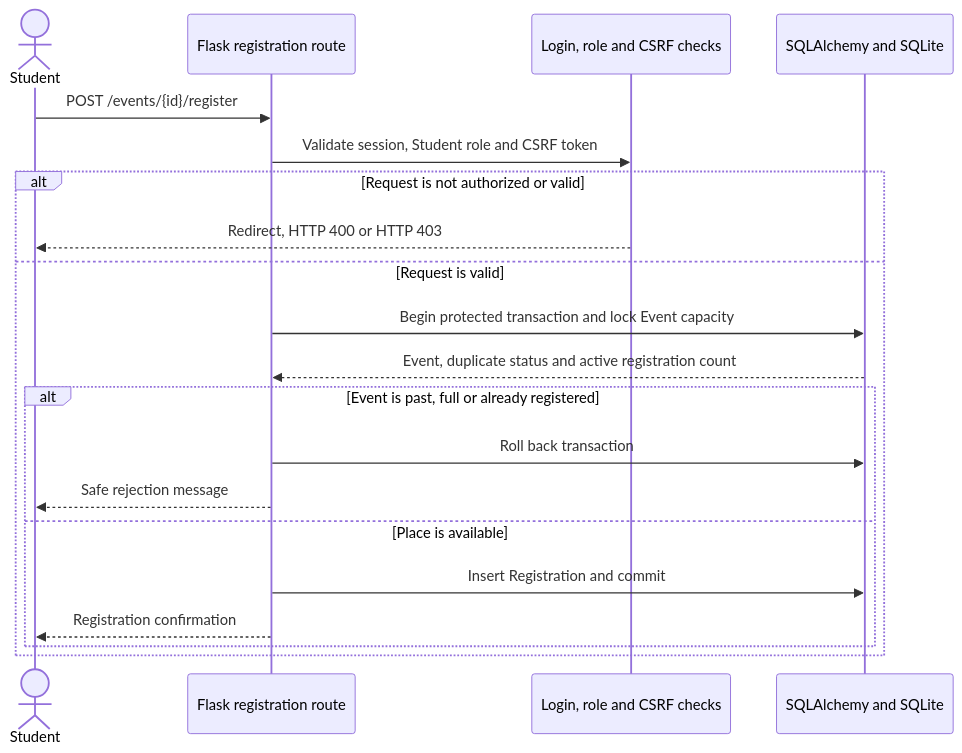
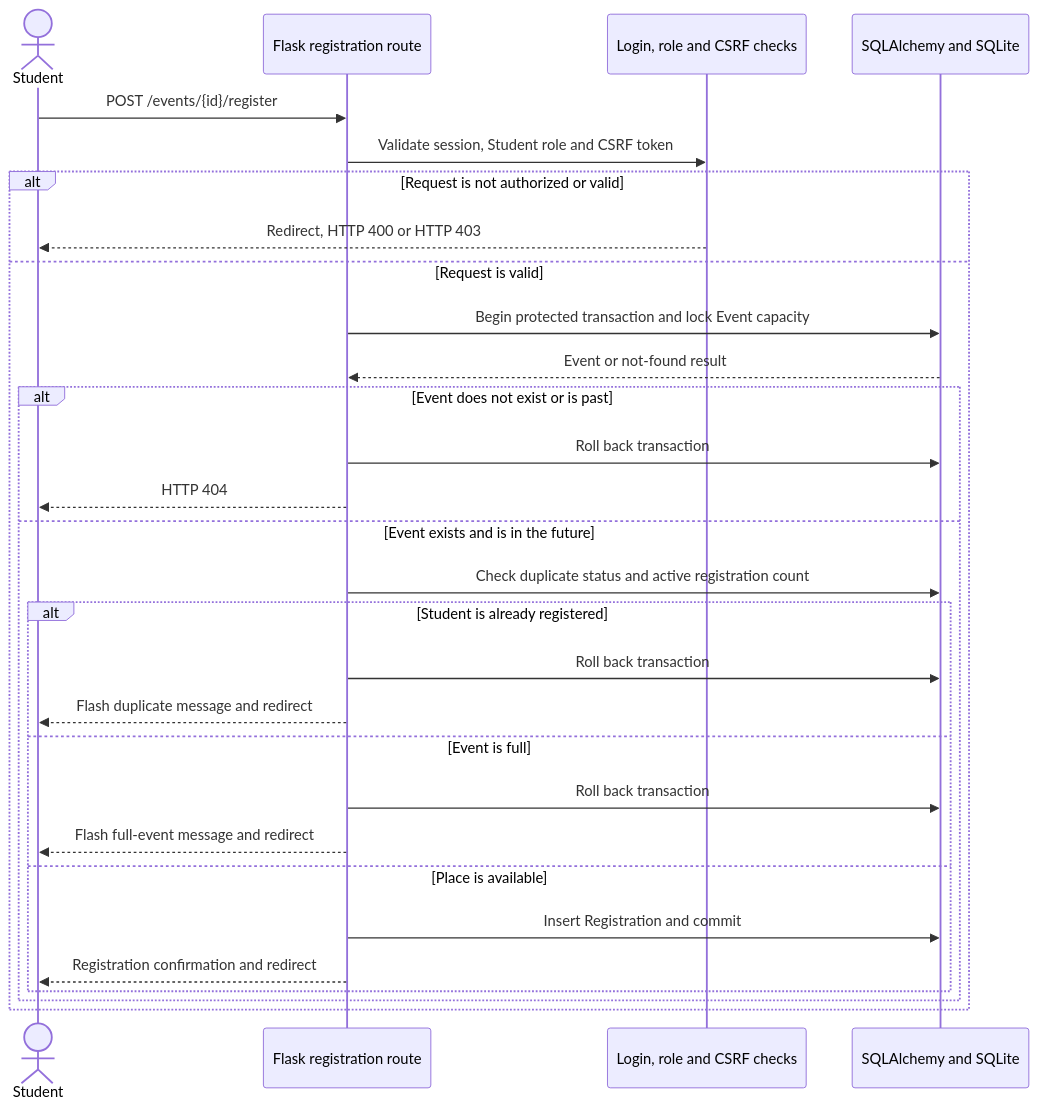
Before and after one commit to utkarsh-thapa/assignment3: the second of 3 diagrams in README.md, drawn with Mermaid. The commit also changed other lines of this file, not shown here.

Commit message:
docs: align README with implemented behavior

````diff
--- a/README.md
+++ b/README.md
@@ -143,23 +143,32 @@
 ```mermaid
 sequenceDiagram
     actor Student
     participant Route as Flask registration route
     participant Security as Login, role and CSRF checks
     participant Database as SQLAlchemy and SQLite
 
     Student->>Route: POST /events/{id}/register
     Route->>Security: Validate session, Student role and CSRF token
     alt Request is not authorized or valid
         Security-->>Student: Redirect, HTTP 400 or HTTP 403
     else Request is valid
         Route->>Database: Begin protected transaction and lock Event capacity
-        Database-->>Route: Event, duplicate status and active registration count
-        alt Event is past, full or already registered
+        Database-->>Route: Event or not-found result
+        alt Event does not exist or is past
             Route->>Database: Roll back transaction
-            Route-->>Student: Safe rejection message
-        else Place is available
-            Route->>Database: Insert Registration and commit
-            Route-->>Student: Registration confirmation
+            Route-->>Student: HTTP 404
+        else Event exists and is in the future
+            Route->>Database: Check duplicate status and active registration count
+            alt Student is already registered
+                Route->>Database: Roll back transaction
+                Route-->>Student: Flash duplicate message and redirect
+            else Event is full
+                Route->>Database: Roll back transaction
+                Route-->>Student: Flash full-event message and redirect
+            else Place is available
+                Route->>Database: Insert Registration and commit
+                Route-->>Student: Registration confirmation and redirect
+            end
         end
     end
 ```
````
